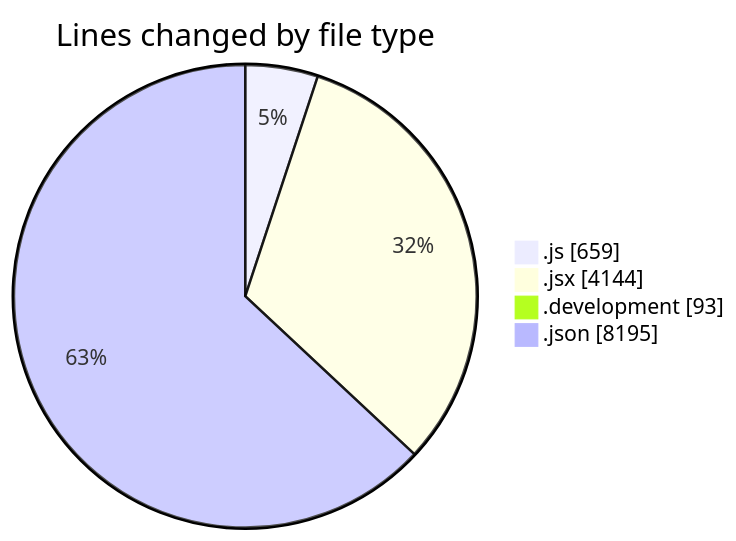
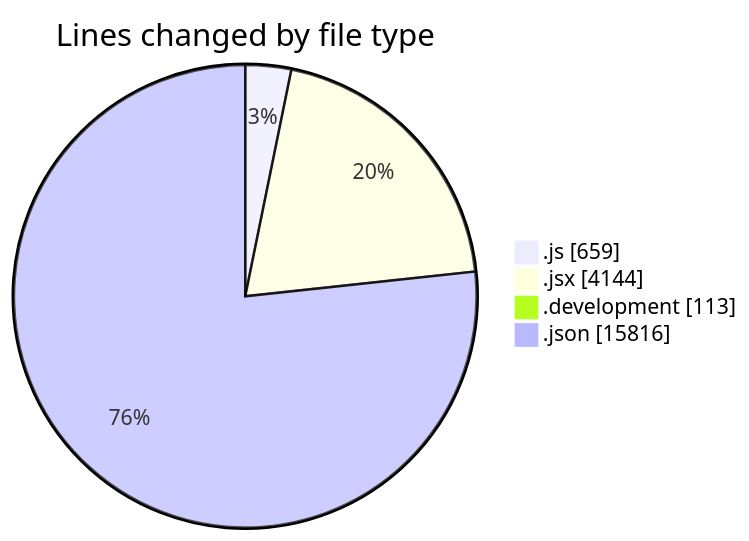
One commit to nxtqubesakshisongat/code-tracking changed the first of 2 diagrams in 2026-01-05/nxtqube_webapp/README.md. Above: the diagram before and after it, drawn with Mermaid. The commit also changed other lines of this file and 1 other file, not shown here.

````diff
--- a/2026-01-05/nxtqube_webapp/README.md
+++ b/2026-01-05/nxtqube_webapp/README.md
@@ -25,8 +25,8 @@
 ```mermaid
 pie showData
 title Lines changed by file type
 ".js" : 659
 ".jsx" : 4144
-".development" : 93
-".json" : 8195
+".development" : 113
+".json" : 15816
 ```
````
